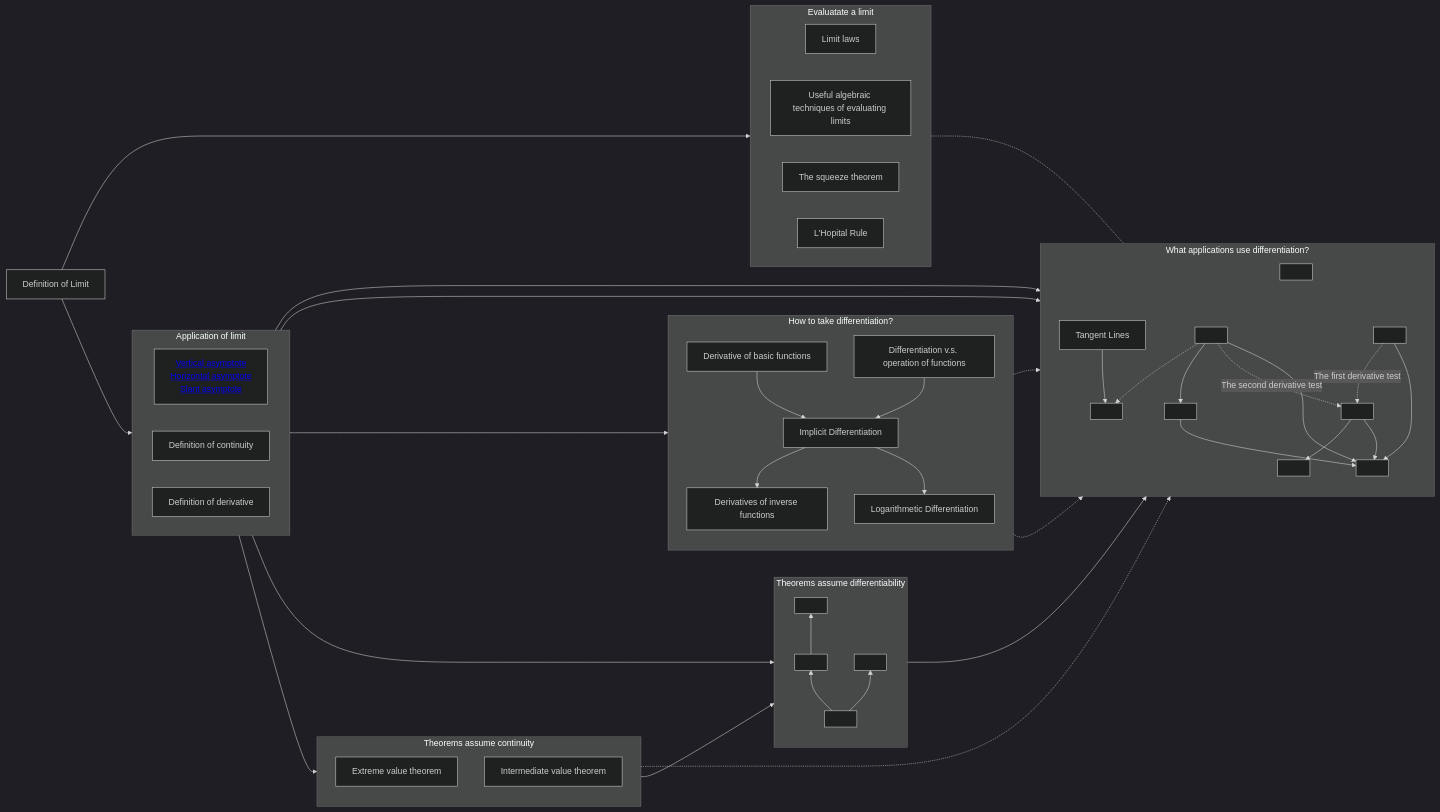
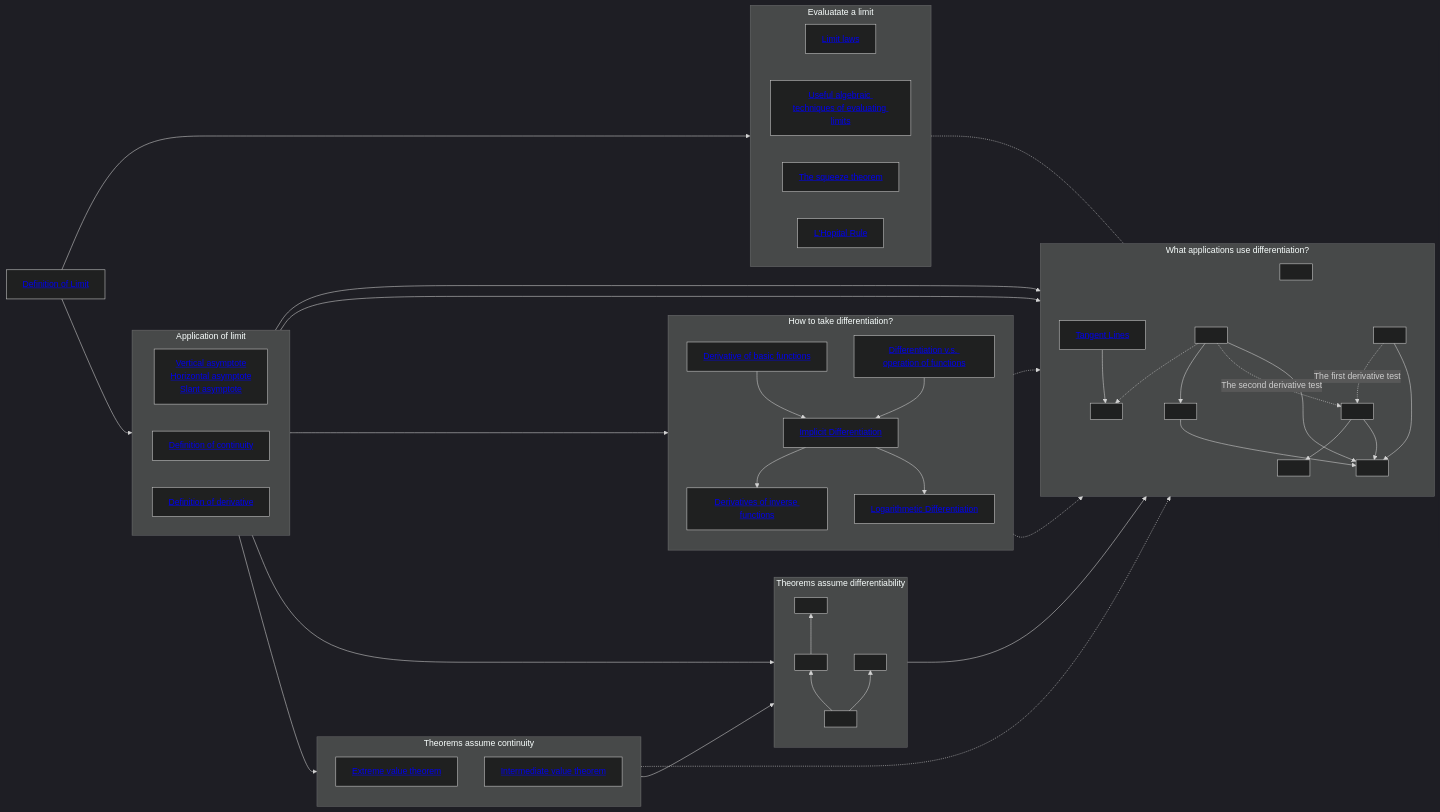
The diagram in _posts/2023-10-19-Calculus-1-overview.md (junwenwaynepeng/junwenwaynepeng.github.io), drawn with Mermaid (dark theme) before and after one commit.

````diff
--- a/_posts/2023-10-19-Calculus-1-overview.md
+++ b/_posts/2023-10-19-Calculus-1-overview.md
@@ -12,36 +12,36 @@
 ```mermaid
 %%{init: {"flowchart":{"useMaxWidth": 0}}}%%
 flowchart LR;
-    Limit[<a herf='../books/calculus/1-definition-of-limits'>Definition of Limit</a>];
-    LimitLaw[<a herf='../books/calculus/1-1-how-to-evaluate-limits#limit-laws'>Limit laws</a>];
-    LimitTech[<a herf='../books/calculus/1-1-how-to-evaluate-limits#algebraic-tricks'>Useful algebraic techniques of evaluating limits</a>];
-    Squeeze[<a herf='../books/calculus/1-1-how-to-evaluate-limits#the-squeeze-theorem'>The squeeze theorem</a>];
-    LHopital[<a herf='../books/calculus/1-1-how-to-evaluate-limits#lhopital-rule'>L'Hopital Rule</a>];
+    Limit[<a href='../books/calculus/1-definition-of-limits'>Definition of Limit</a>];
+    LimitLaw[<a href='../books/calculus/1-1-how-to-evaluate-limits#limit-laws'>Limit laws</a>];
+    LimitTech[<a href='../books/calculus/1-1-how-to-evaluate-limits#algebraic-tricks'>Useful algebraic techniques of evaluating limits</a>];
+    Squeeze[<a href='../books/calculus/1-1-how-to-evaluate-limits#the-squeeze-theorem'>The squeeze theorem</a>];
+    LHopital[<a href='../books/calculus/1-1-how-to-evaluate-limits#lhopital-rule'>L'Hopital Rule</a>];
     Asymptote[<a href='../books/calculus/1-2-asymptotes'>Vertical asymptote
     Horizontal asymptote
     Slant asymptote</a>];
-    Continuity[<a herf='../books/calculus/2-definition-of-continuity'>Definition of continuity</a>];
-    EVT[<a herf='../books/calculus/2-1-theorems-assuming-continuity#EVT'>Extreme value theorem</a>];
-    IVT[<a herf='../books/calculus/2-1-theorems-assuming-continuity#IVT'>Intermediate value theorem</a>];
-    Diff[<a herf='../books/calculus/3-definition-of-derivatives'>Definition of derivative</a>];
-    BasicFunction[<a herf='../books/calculus/3-1-how-to-do-derivatives#derivatives-of-basic-functions'>Derivative of basic functions</a>];
-    BasicRules[<a herf='../books/calculus/3-1-how-to-do-derivatives#differential-rules'>Differentiation v.s. operation of functions</a>];
-    ImplicitDiff[<a herf='../books/calculus/3-1-how-to-do-derivatives#implicit-differentiation'>Implicit Differentiation</a>];
-    DiffInverse[<a herf='../books/calculus/3-1-how-to-do-derivatives#derivatives-of-inverse-functions'>Derivatives of inverse functions</a>];
-    LogDiff[<a herf='../books/calculus/3-1-how-to-do-derivatives#logarithmetic-differentiation'>Logarithmetic Differentiation</a>];
-    Fermat[<a herf='../books/calculus/3-2-theorems-assuming-differentiability#fermats-theorem>Fermat's theorem</a>];
-    Roll[<a herf='../books/calculus/3-2-theorems-assuming-differentiability#rolls-theorem>Roll's theorem</a>];
-    MVT[<a herf='../books/calculus/3-2-theorems-assuming-differentiability#the-mean-value-theorem>Mean value theorem</a>];
-    CriticalPt[<a herf='../books/calculus/3-2-theorems-assuming-differentiability#critical-points>Critical points</a>];
-    TangentLine[<a herf='../books/calculus/3-3-application-of-differentiation#tangent-lines'>Tangent Lines</a>];
-    LinearApprox[<a herf='../books/calculus/3-3-application-of-differentiation#linear-approximation>Linear Approximation</a>];
-    RelatedRate[<a herf='../books/calculus/3-3-application-of-differentiation#related-rate>Related Rate</a>];
-    CurveSketch[<a herf='../books/calculus/3-3-application-of-differentiation#curve-sketch>Curve Sketch</a>];
-    ExtremeValue[<a herf='../books/calculus/3-3-application-of-differentiation#extreme-values>Extreme Values</a>];
-    InflectionPt[<a herf='../books/calculus/3-3-application-of-differentiation#inflection-points>Inflection Points</a>];
-    Increasing[<a herf='../books/calculus/3-3-application-of-differentiation#increasing-and-decreasing-intervals>Increasing and Decreasing Intervals</a>];
-    Concavity[<a herf='../books/calculus/3-3-application-of-differentiation#concavity>Concave and Convex</a>];
-    OptimizationProblem[<a herf='../books/calculus/3-3-application-of-differentiation#optimization-problem>Optimization Problem</a>];
+    Continuity[<a href='../books/calculus/2-definition-of-continuity'>Definition of continuity</a>];
+    EVT[<a href='../books/calculus/2-1-theorems-assuming-continuity#EVT'>Extreme value theorem</a>];
+    IVT[<a href='../books/calculus/2-1-theorems-assuming-continuity#IVT'>Intermediate value theorem</a>];
+    Diff[<a href='../books/calculus/3-definition-of-derivatives'>Definition of derivative</a>];
+    BasicFunction[<a href='../books/calculus/3-1-how-to-do-derivatives#derivatives-of-basic-functions'>Derivative of basic functions</a>];
+    BasicRules[<a href='../books/calculus/3-1-how-to-do-derivatives#differential-rules'>Differentiation v.s. operation of functions</a>];
+    ImplicitDiff[<a href='../books/calculus/3-1-how-to-do-derivatives#implicit-differentiation'>Implicit Differentiation</a>];
+    DiffInverse[<a href='../books/calculus/3-1-how-to-do-derivatives#derivatives-of-inverse-functions'>Derivatives of inverse functions</a>];
+    LogDiff[<a href='../books/calculus/3-1-how-to-do-derivatives#logarithmetic-differentiation'>Logarithmetic Differentiation</a>];
+    Fermat[<a href='../books/calculus/3-2-theorems-assuming-differentiability#fermats-theorem>Fermat's theorem</a>];
+    Roll[<a href='../books/calculus/3-2-theorems-assuming-differentiability#rolls-theorem>Roll's theorem</a>];
+    MVT[<a href='../books/calculus/3-2-theorems-assuming-differentiability#the-mean-value-theorem>Mean value theorem</a>];
+    CriticalPt[<a href='../books/calculus/3-2-theorems-assuming-differentiability#critical-points>Critical points</a>];
+    TangentLine[<a href='../books/calculus/3-3-application-of-differentiation#tangent-lines'>Tangent Lines</a>];
+    LinearApprox[<a href='../books/calculus/3-3-application-of-differentiation#linear-approximation>Linear Approximation</a>];
+    RelatedRate[<a href='../books/calculus/3-3-application-of-differentiation#related-rate>Related Rate</a>];
+    CurveSketch[<a href='../books/calculus/3-3-application-of-differentiation#curve-sketch>Curve Sketch</a>];
+    ExtremeValue[<a href='../books/calculus/3-3-application-of-differentiation#extreme-values>Extreme Values</a>];
+    InflectionPt[<a href='../books/calculus/3-3-application-of-differentiation#inflection-points>Inflection Points</a>];
+    Increasing[<a href='../books/calculus/3-3-application-of-differentiation#increasing-and-decreasing-intervals>Increasing and Decreasing Intervals</a>];
+    Concavity[<a href='../books/calculus/3-3-application-of-differentiation#concavity>Concave and Convex</a>];
+    OptimizationProblem[<a href='../books/calculus/3-3-application-of-differentiation#optimization-problem>Optimization Problem</a>];
     subgraph LimitApplication [Application of limit];
       direction LR;
       Asymptote;
````
